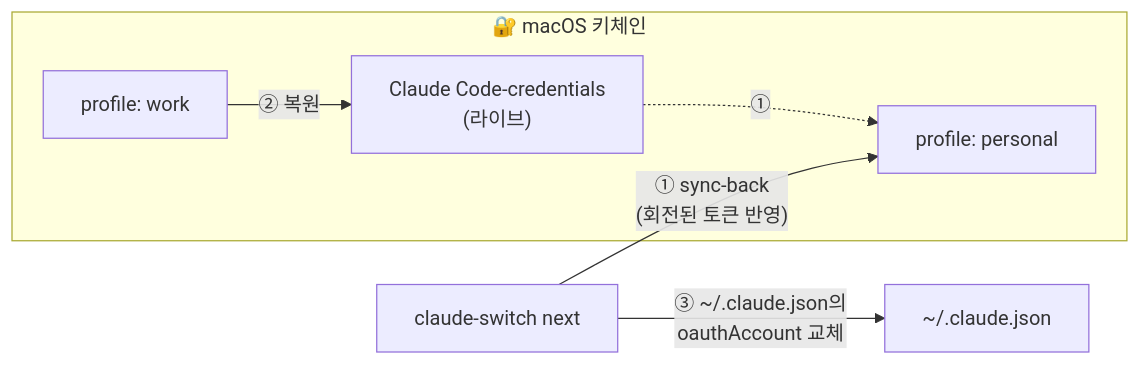
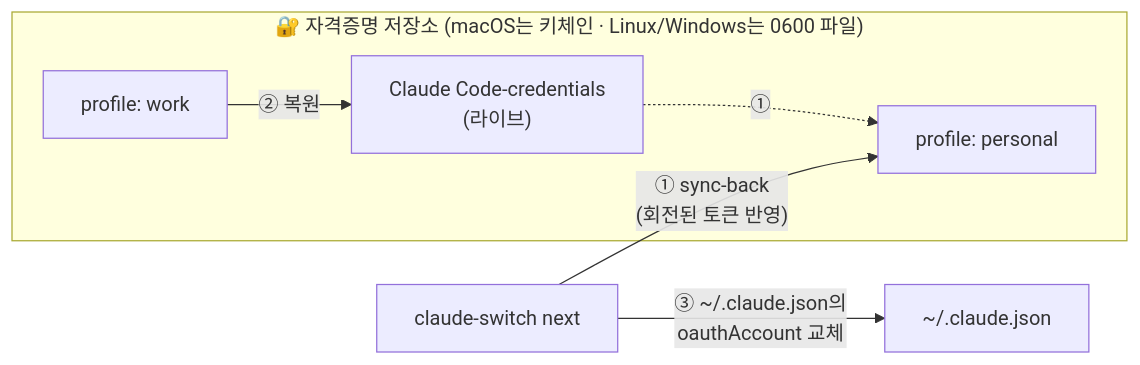
Before and after one commit to YangTaeyoung/claude-switch: the diagram in README.ko.md, drawn with Mermaid. The commit also changed other lines of this file and 7 other files, not shown here.

First line of the commit message:
feat: Linux·Windows 지원 (파일 기반 자격증명 store)

````diff
--- a/README.ko.md
+++ b/README.ko.md
@@ -115,12 +115,12 @@
 ```mermaid
 flowchart LR
-    subgraph Keychain["🔐 macOS 키체인"]
+    subgraph Store["🔐 자격증명 저장소 (macOS는 키체인 · Linux/Windows는 0600 파일)"]
         CC["Claude Code-credentials<br/>(라이브)"]
         P1["profile: work"]
         P2["profile: personal"]
     end
     next["claude-switch next"] -- "① sync-back<br/>(회전된 토큰 반영)" --> P2
     CC -. "①" .-> P2
     P1 -- "② 복원" --> CC
     next -- "③ ~/.claude.json의<br/>oauthAccount 교체" --> CJ["~/.claude.json"]
 ```
````
